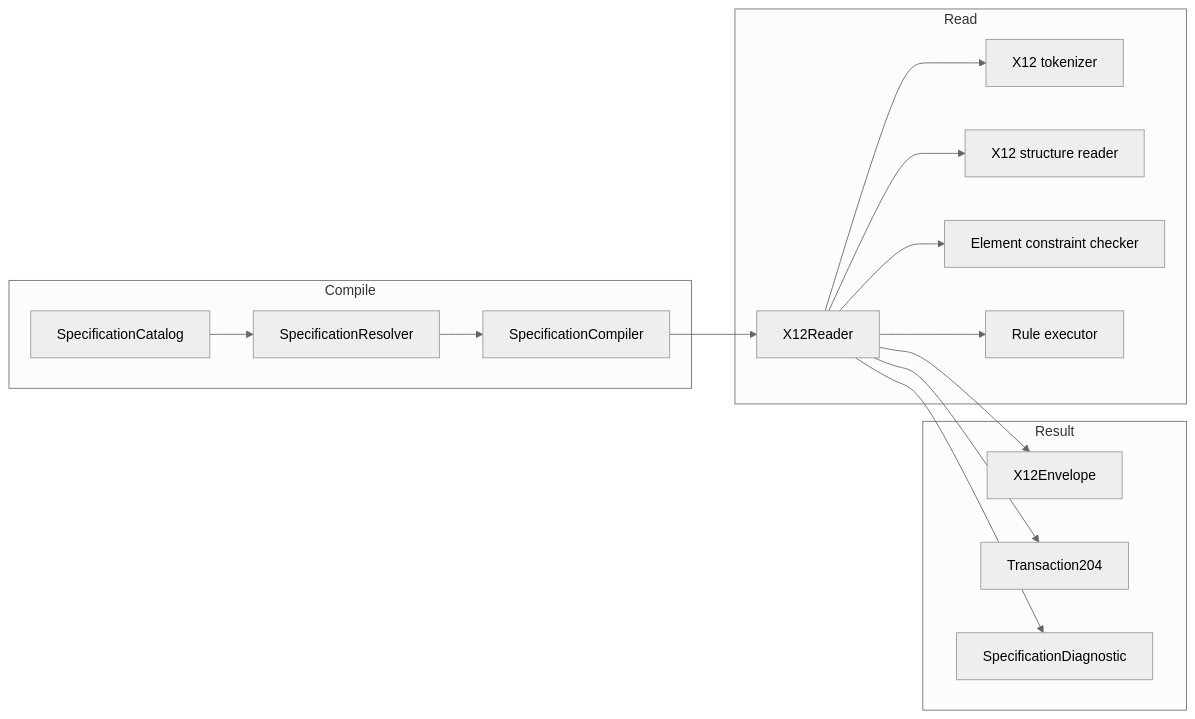
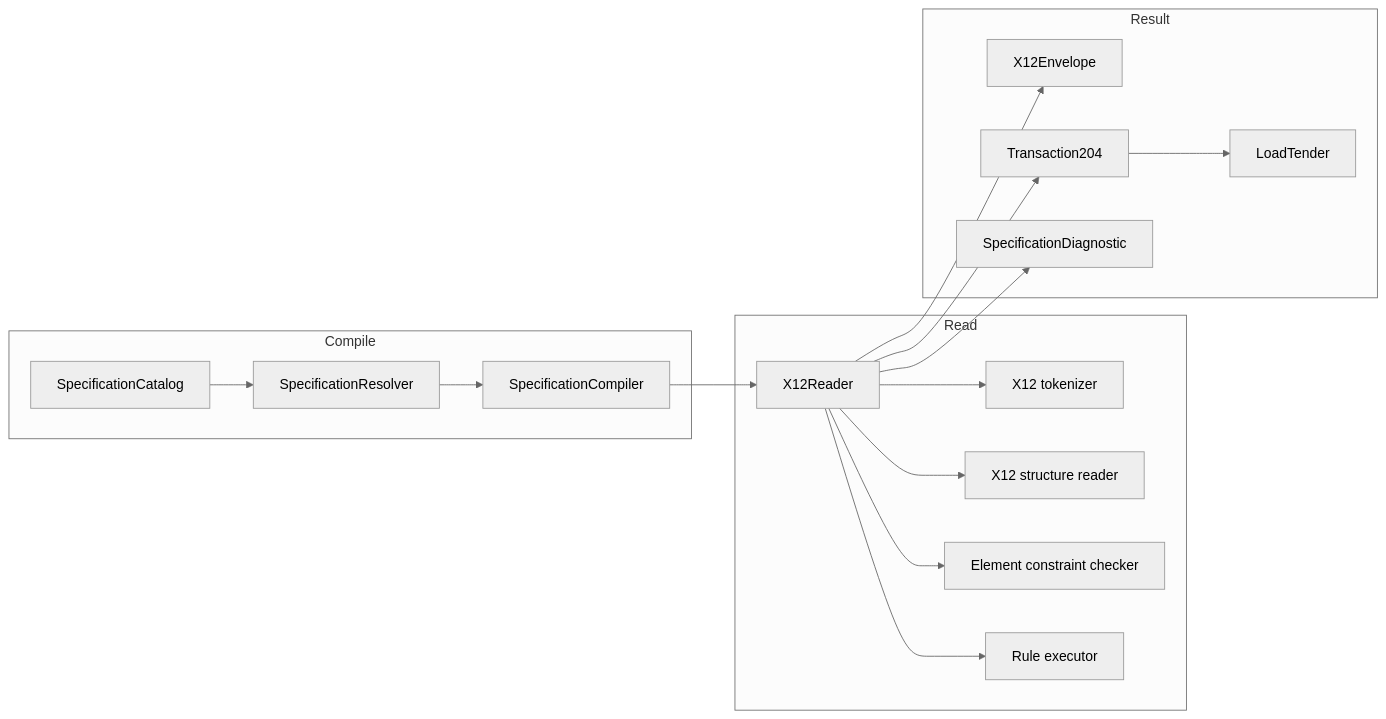
Before and after one commit to TuralSuleymani/EdiMorph: the third of 7 diagrams in README.md, drawn with Mermaid (neutral theme). The commit also changed other lines of this file and 3 other files, not shown here.

First line of the commit message:
Mark the 004010 LoadTender release as 0.2.0.

````diff
--- a/README.md
+++ b/README.md
@@ -104,33 +104,35 @@
 ```mermaid
 flowchart LR
   subgraph compile [Compile]
     Catalog[SpecificationCatalog]
     Resolver[SpecificationResolver]
     Compiler[SpecificationCompiler]
   end
 
   subgraph read [Read]
     Reader[X12Reader]
     Tokenizer[X12 tokenizer]
     Structure[X12 structure reader]
     Elements[Element constraint checker]
     Rules[Rule executor]
   end
 
   subgraph result [Result]
     Envelope[X12Envelope]
     Tender[Transaction204]
+    LoadTender[LoadTender]
     Diagnostics[SpecificationDiagnostic]
   end
 
   Catalog --> Resolver
   Resolver --> Compiler
   Compiler --> Reader
   Reader --> Tokenizer
   Reader --> Structure
   Reader --> Elements
   Reader --> Rules
   Reader --> Envelope
   Reader --> Tender
+  Tender --> LoadTender
   Reader --> Diagnostics
 ```
````
